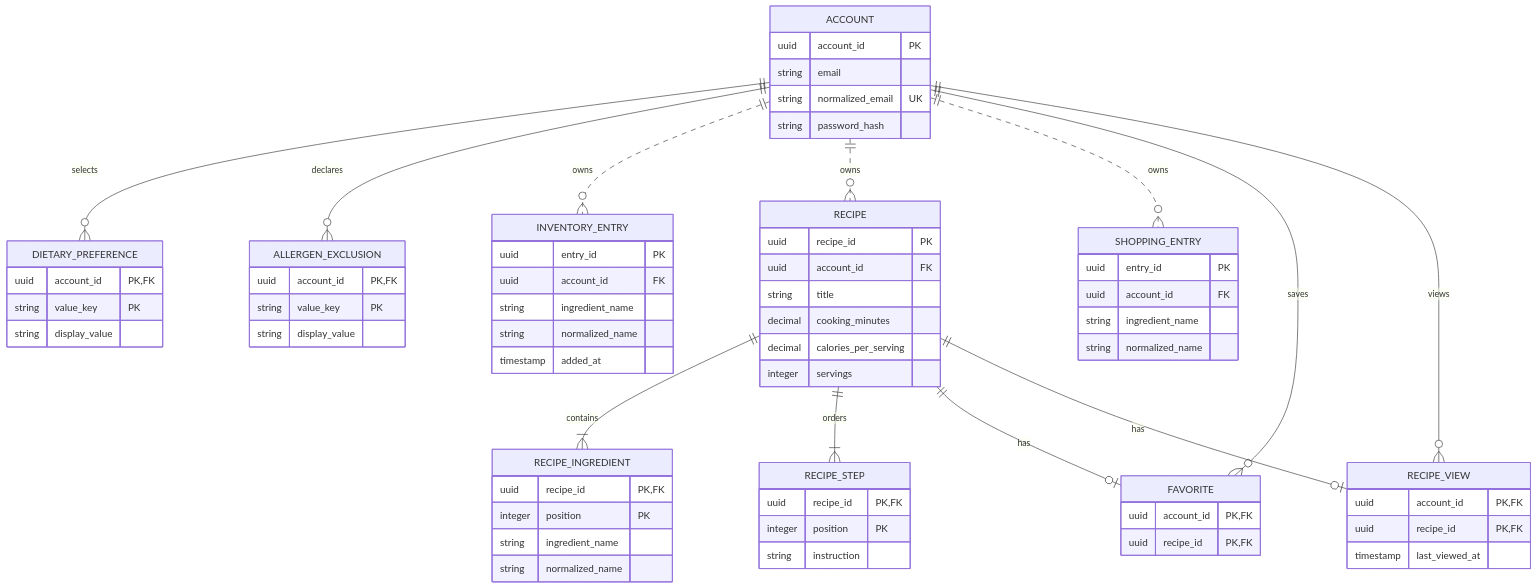
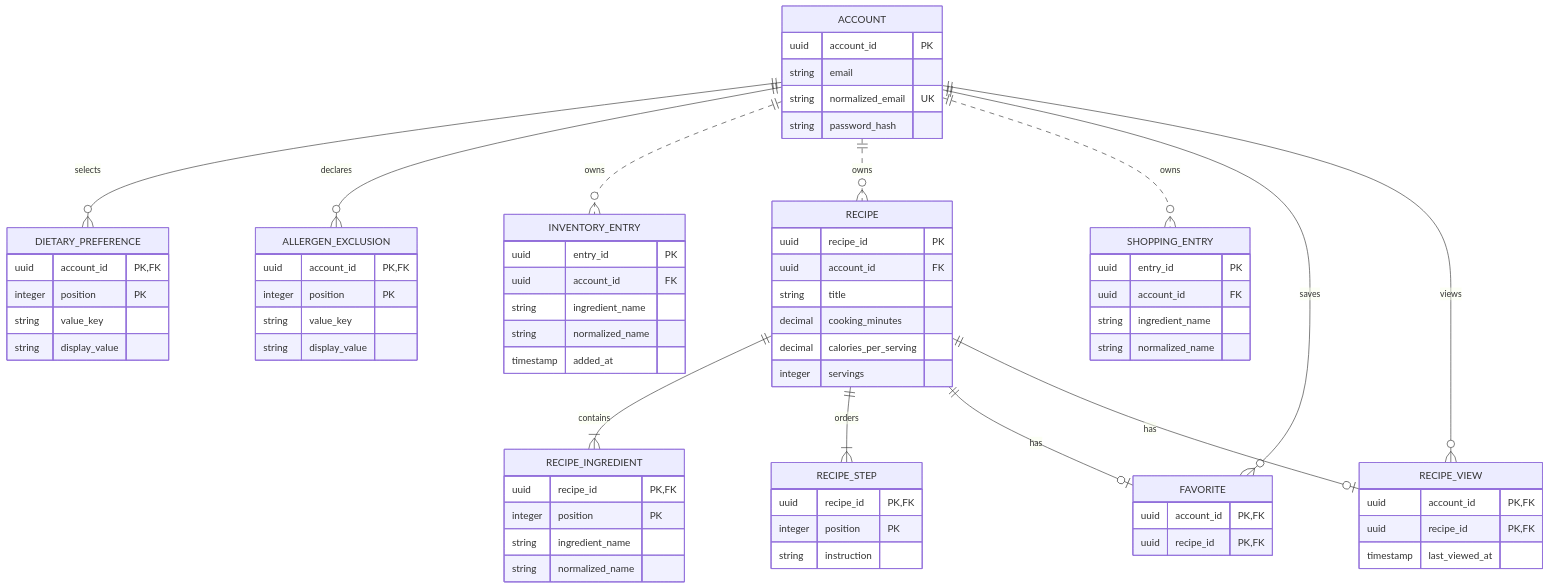
Before and after one commit to SarpCizer/CMPE331-Project: the diagram in docs/analysis/data/er-model.mmd, drawn with Mermaid. The commit also changed 93 other files, not shown here.

Commit message:
Replace behavioral models with DFDs and embed diagrams in analysis PDF

```diff
--- a/docs/analysis/data/er-model.mmd
+++ b/docs/analysis/data/er-model.mmd
@@ -1,69 +1,71 @@
 erDiagram
     ACCOUNT ||--o{ DIETARY_PREFERENCE : selects
     ACCOUNT ||--o{ ALLERGEN_EXCLUSION : declares
     ACCOUNT ||..o{ INVENTORY_ENTRY : owns
     ACCOUNT ||..o{ RECIPE : owns
     ACCOUNT ||..o{ SHOPPING_ENTRY : owns
     ACCOUNT ||--o{ FAVORITE : saves
     ACCOUNT ||--o{ RECIPE_VIEW : views
     RECIPE ||--|{ RECIPE_INGREDIENT : contains
     RECIPE ||--|{ RECIPE_STEP : orders
     RECIPE ||--o| FAVORITE : has
     RECIPE ||--o| RECIPE_VIEW : has
     ACCOUNT {
         uuid account_id PK
         string email
         string normalized_email UK
         string password_hash
     }
     DIETARY_PREFERENCE {
         uuid account_id PK,FK
-        string value_key PK
+        integer position PK
+        string value_key
         string display_value
     }
     ALLERGEN_EXCLUSION {
         uuid account_id PK,FK
-        string value_key PK
+        integer position PK
+        string value_key
         string display_value
     }
     INVENTORY_ENTRY {
         uuid entry_id PK
         uuid account_id FK
         string ingredient_name
         string normalized_name
         timestamp added_at
     }
     RECIPE {
         uuid recipe_id PK
         uuid account_id FK
         string title
         decimal cooking_minutes
         decimal calories_per_serving
         integer servings
     }
     RECIPE_INGREDIENT {
         uuid recipe_id PK,FK
         integer position PK
         string ingredient_name
         string normalized_name
     }
     RECIPE_STEP {
         uuid recipe_id PK,FK
         integer position PK
         string instruction
     }
     SHOPPING_ENTRY {
         uuid entry_id PK
         uuid account_id FK
         string ingredient_name
         string normalized_name
     }
     FAVORITE {
         uuid account_id PK,FK
         uuid recipe_id PK,FK
     }
     RECIPE_VIEW {
         uuid account_id PK,FK
         uuid recipe_id PK,FK
         timestamp last_viewed_at
     }
```
